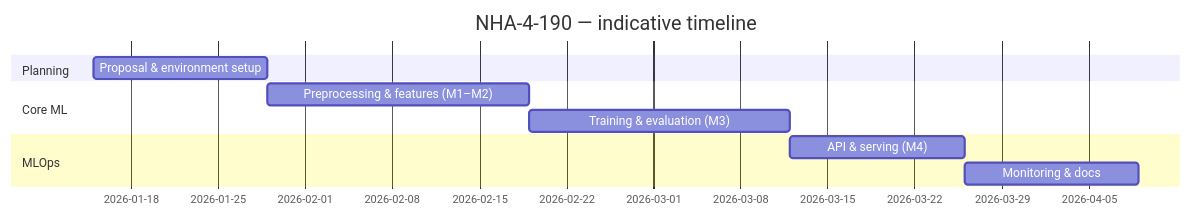
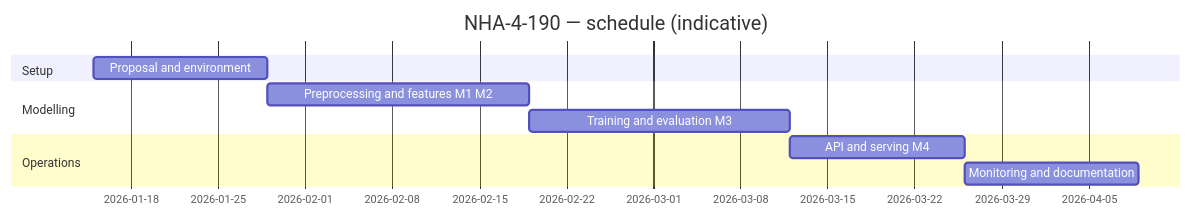
Before and after one commit to nhahub/NHA-4-190: the diagram in docs/01_project_planning.md, drawn with Mermaid. The commit also changed other lines of this file and 8 other files, not shown here.

````diff
--- a/docs/01_project_planning.md
+++ b/docs/01_project_planning.md
@@ -34,13 +26,13 @@
 ```mermaid
 gantt
-    title NHA-4-190 — indicative timeline
+    title NHA-4-190 — schedule (indicative)
     dateFormat  YYYY-MM-DD
-    section Planning
-    Proposal & environment setup     :a1, 2026-01-15, 14d
-    section Core ML
-    Preprocessing & features (M1–M2) :a2, after a1, 21d
-    Training & evaluation (M3)       :a3, after a2, 21d
-    section MLOps
-    API & serving (M4)               :a4, after a3, 14d
-    Monitoring & docs                :a5, after a4, 14d
+    section Setup
+    Proposal and environment           :m0, 2026-01-15, 14d
+    section Modelling
+    Preprocessing and features M1 M2   :m1, after m0, 21d
+    Training and evaluation M3         :m2, after m1, 21d
+    section Operations
+    API and serving M4                 :m3, after m2, 14d
+    Monitoring and documentation       :m4, after m3, 14d
 ```
````
